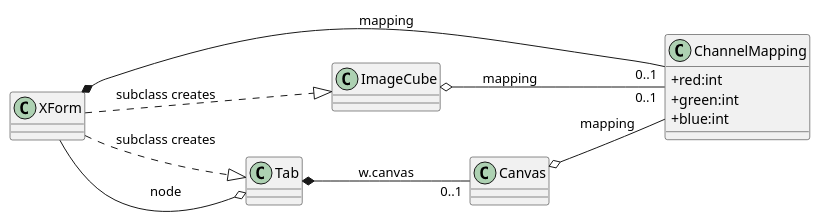
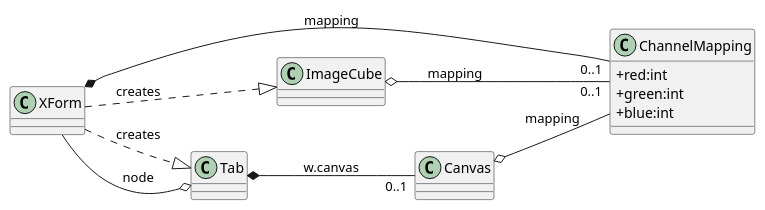
One commit to AU-ExoMars/PCOT changed the diagram in docs/rgb.plantuml. Above: the diagram before and after it, drawn with PlantUML. The commit also changed 6 other files, not shown here.

```diff
--- a/docs/rgb.plantuml
+++ b/docs/rgb.plantuml
@@ -1,33 +1,33 @@
 @startuml
 skinparam classAttributeIconSize 0
 left to right direction
 
 class ChannelMapping {
     +red:int
     +green:int
     +blue:int
 }
 
 class ImageCube {
 }    
 
 
 class XForm {
 }
 
 ImageCube o-- "0..1" ChannelMapping: mapping
 
 XForm *-- "0..1" ChannelMapping: mapping
-XForm ..|> Tab: subclass creates
-XForm ..|> ImageCube: subclass creates
+XForm ..|> Tab: creates
+XForm ..|> ImageCube: creates
 
 Tab o-- XForm:node
 
 
 
 Tab *-- "0..1" Canvas:w.canvas
 
 Canvas o-- ChannelMapping:mapping
 
 
 @enduml
```
